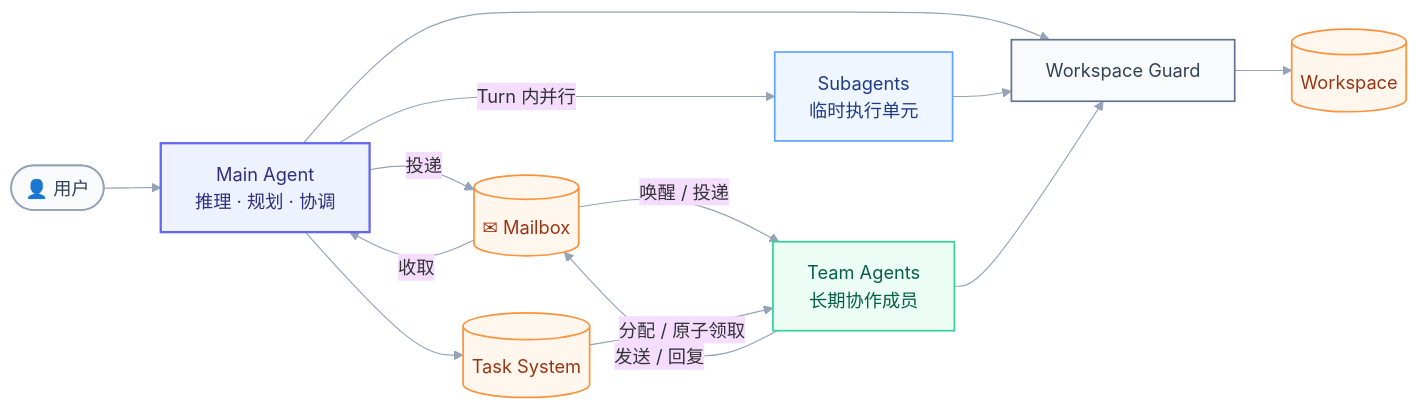
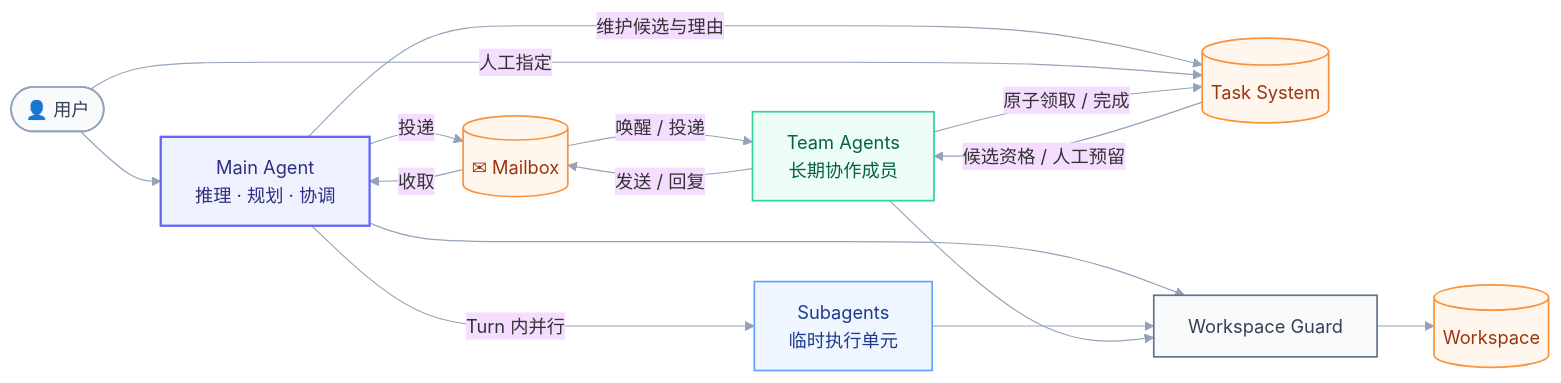
Before and after one commit to zzjzzjzzj423/gugugaga-Agent: the first of 6 diagrams in README.md, drawn with Mermaid. The commit also changed other lines of this file and 16 other files, not shown here.

````diff
--- a/README.md
+++ b/README.md
@@ -29,34 +29,36 @@
 ```mermaid
 %%{init: {"theme":"base","themeVariables":{"fontFamily":"Inter, Segoe UI, Microsoft YaHei","lineColor":"#94A3B8","clusterBkg":"#F8FAFC","clusterBorder":"#E2E8F0"}}}%%
 flowchart LR
     U(["👤 用户"]) --> M["Main Agent<br/>推理 · 规划 · 协调"]
 
     M -->|"Turn 内并行"| S["Subagents<br/>临时执行单元"]
 
     M -->|"投递"| MB[("✉ Mailbox")]
     MB -->|"收取"| M
     MB -->|"唤醒 / 投递"| T["Team Agents<br/>长期协作成员"]
     T -->|"发送 / 回复"| MB
 
-    M --> TS[("Task System")]
-    TS -->|"分配 / 原子领取"| T
+    M -->|"维护候选与理由"| TS[("Task System")]
+    U -->|"人工指定"| TS
+    TS -->|"候选资格 / 人工预留"| T
+    T -->|"原子领取 / 完成"| TS
 
     M --> G["Workspace Guard"]
     S --> G
     T --> G
     G --> W[("Workspace")]
 
     classDef user fill:#F8FAFC,stroke:#94A3B8,color:#334155,stroke-width:1.5px;
     classDef main fill:#EEF2FF,stroke:#6366F1,color:#312E81,stroke-width:2px;
     classDef sub fill:#EFF6FF,stroke:#60A5FA,color:#1E3A8A,stroke-width:1.5px;
     classDef team fill:#ECFDF5,stroke:#34D399,color:#065F46,stroke-width:1.5px;
     classDef store fill:#FFF7ED,stroke:#FB923C,color:#9A3412,stroke-width:1.5px;
     classDef guard fill:#F8FAFC,stroke:#64748B,color:#334155,stroke-width:1.5px;
 
     class U user;
     class M main;
     class S sub;
     class T team;
     class MB,TS,W store;
     class G guard;
 ```
````
